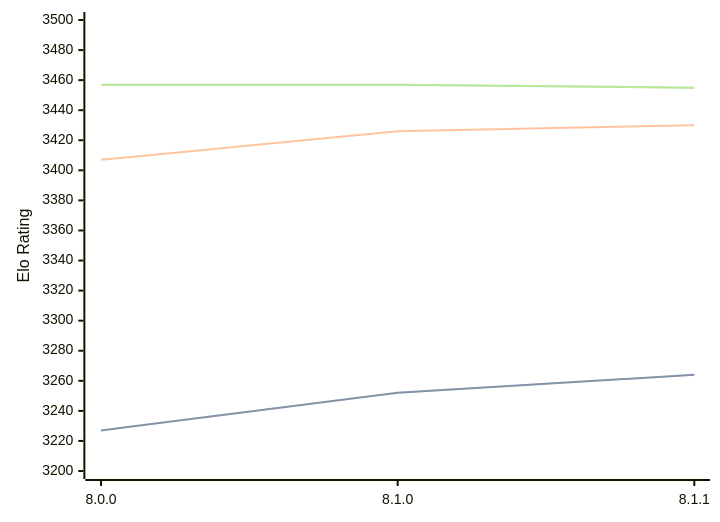
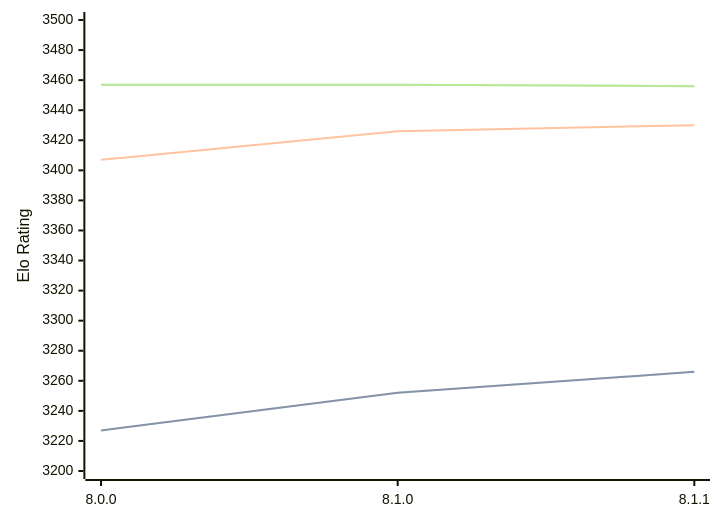
Before and after one commit to computer-chess-index/cci: the third of 3 diagrams in engines/Velvet.md, drawn with Mermaid. The commit also changed other lines of this file, not shown here.

Commit message:
Update CCI Ratings (ELO VLTC) - 2026-07-17

````diff
--- a/engines/Velvet.md
+++ b/engines/Velvet.md
@@ -90,11 +90,11 @@
 ```mermaid
 %%{init: {"theme":"base","themeVariables":{"seriesColors:['#a3a3a3','#222221','#faa371']}}}%%
 xychart-beta
   x-axis ["8.0.0", "8.1.0", "8.1.1"]
   y-axis "Elo Rating" 3200 --> 3500
-  line "STC (8.0+0.08s)" [3227, 3252, 3264]
-  line "STC (8.0+0.08s)" [3227, 3252, 3264]
+  line "STC (8.0+0.08s)" [3227, 3252, 3266]
+  line "STC (8.0+0.08s)" [3227, 3252, 3266]
   line "LTC (60.0+0.60s)" [3407, 3426, 3430]
-  line "VLTC (2m24s+1.12s)" [3457, 3457, 3455]
-  line "VLTC (2m24s+1.12s)" [3457, 3457, 3455]
+  line "VLTC (2m24s+1.12s)" [3457, 3457, 3456]
+  line "VLTC (2m24s+1.12s)" [3457, 3457, 3456]
 ```
````
